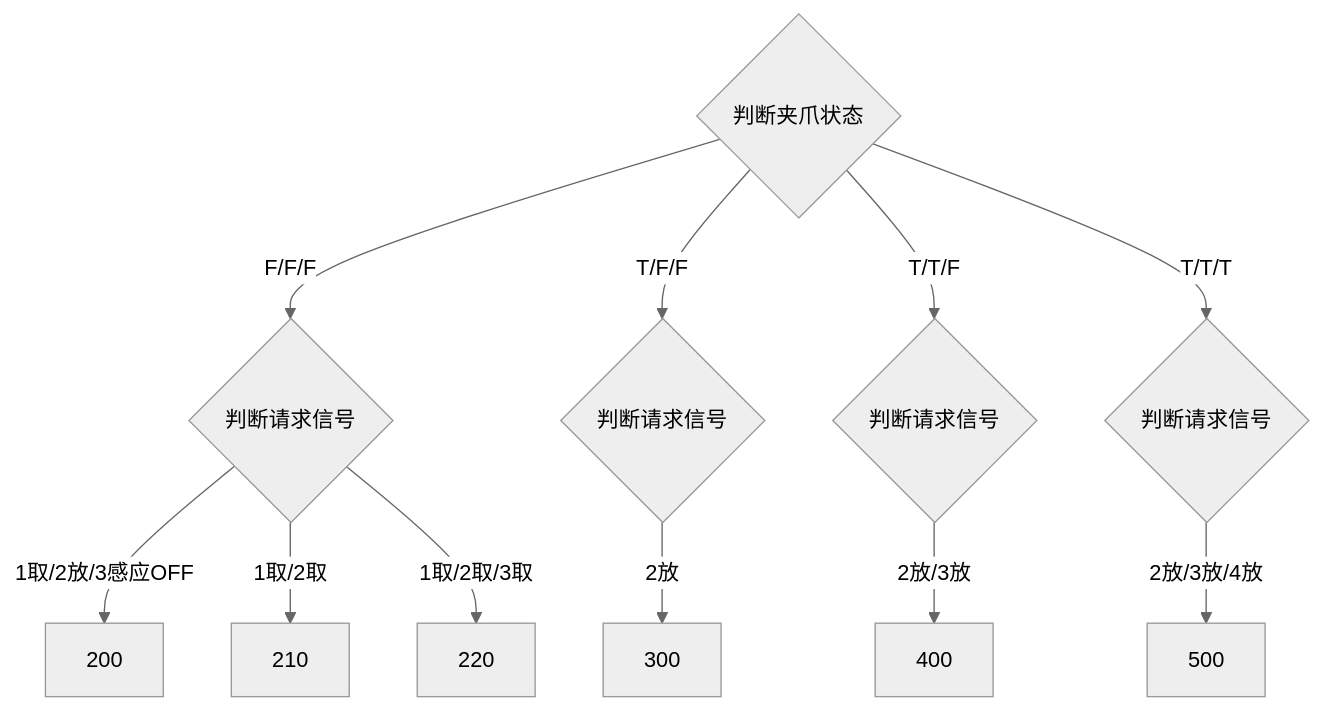
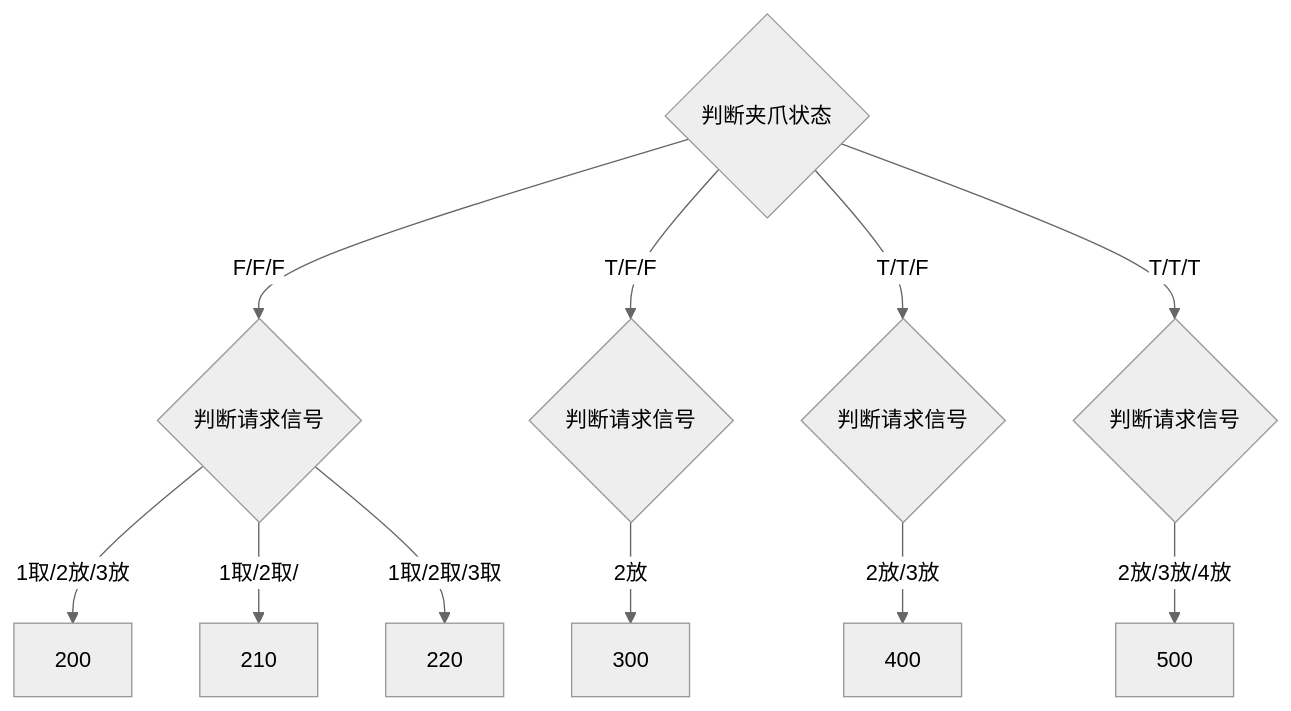
Before and after one commit to zmq000/iodraw-files: the diagram in all/未命名.md, drawn with Mermaid (neutral theme).

Commit message:
2026-06-18 11:55:47 update

````diff
--- a/all/未命名.md
+++ b/all/未命名.md
@@ -1,14 +1,14 @@
 ```mermaid
 graph TD
 10{判断夹爪状态}-->|F/F/F|20
 10-->|T/F/F|30
 10-->|T/T/F|40
 10-->|T/T/T|50
 
-20{判断请求信号}-->|1取/2放/3感应OFF|200
-20-->|1取/2取|210
+20{判断请求信号}-->|1取/2放/3放|200
+20-->|1取/2取/|210
 20-->|1取/2取/3取|220
 30{判断请求信号}-->|2放|300
 40{判断请求信号}-->|2放/3放|400
 50{判断请求信号}-->|2放/3放/4放|500
 ```
````
